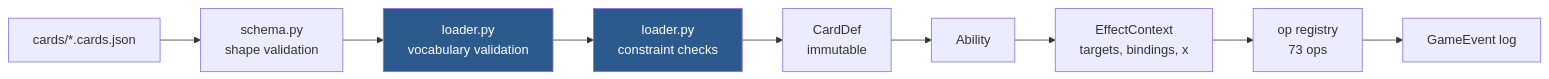
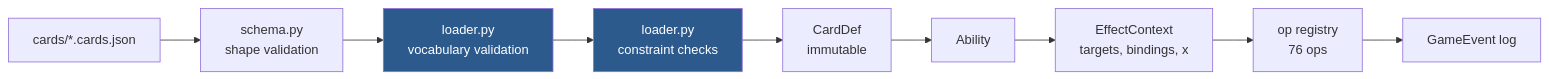
The diagram in docs/card-dsl.md (TylerGauntlett/commander-blitz), drawn with Mermaid before and after one commit. The commit also changed other lines of this file and 9 other files, not shown here.

````diff
--- a/docs/card-dsl.md
+++ b/docs/card-dsl.md
@@ -6,14 +6,14 @@
 ```mermaid
 flowchart LR
     json["cards/*.cards.json"] --> pydantic["schema.py<br/>shape validation"]
     pydantic --> vocab["loader.py<br/>vocabulary validation"]
     vocab --> constraints["loader.py<br/>constraint checks"]
     constraints --> carddef["CardDef<br/>immutable"]
     carddef --> ability["Ability"]
     ability --> ctx["EffectContext<br/>targets, bindings, x"]
-    ctx --> ops["op registry<br/>73 ops"]
+    ctx --> ops["op registry<br/>76 ops"]
     ops --> events["GameEvent log"]
 
     style vocab fill:#2d5a8c,color:#fff
     style constraints fill:#2d5a8c,color:#fff
 ```
````
